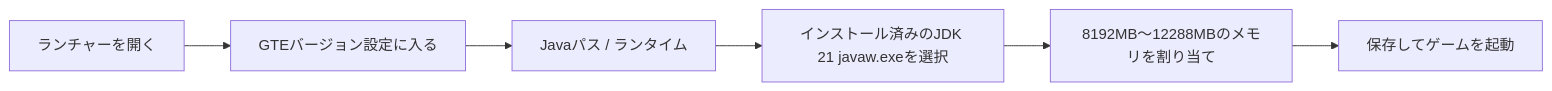
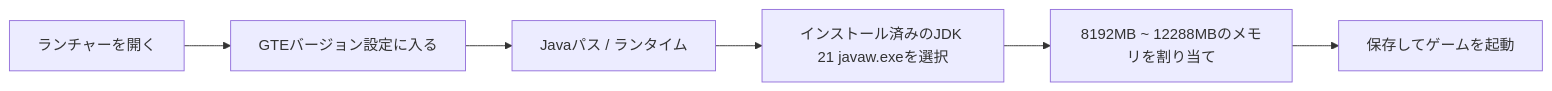
Before and after one commit to takanashisatou/GregtechEasy: the diagram in docs/ja/download-and-play/lazy-pack.md, drawn with Mermaid. The commit also changed other lines of this file and 138 other files, not shown here.

````diff
--- a/docs/ja/download-and-play/lazy-pack.md
+++ b/docs/ja/download-and-play/lazy-pack.md
@@ -57,8 +57,8 @@
 ```mermaid
 graph LR
     A[ランチャーを開く] --> B[GTEバージョン設定に入る]
     B --> C[Javaパス / ランタイム]
     C --> D[インストール済みのJDK 21 javaw.exeを選択]
-    D --> E[8192MB〜12288MBのメモリを割り当て]
+    D --> E[8192MB ~ 12288MBのメモリを割り当て]
     E --> F[保存してゲームを起動]
 ```
````
